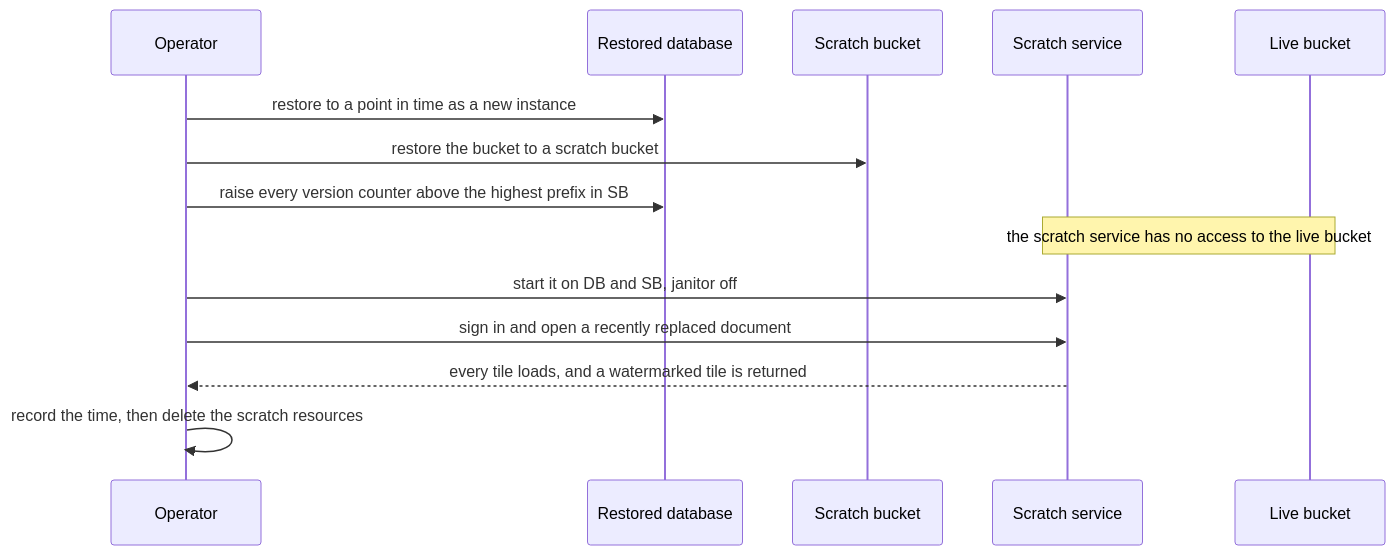
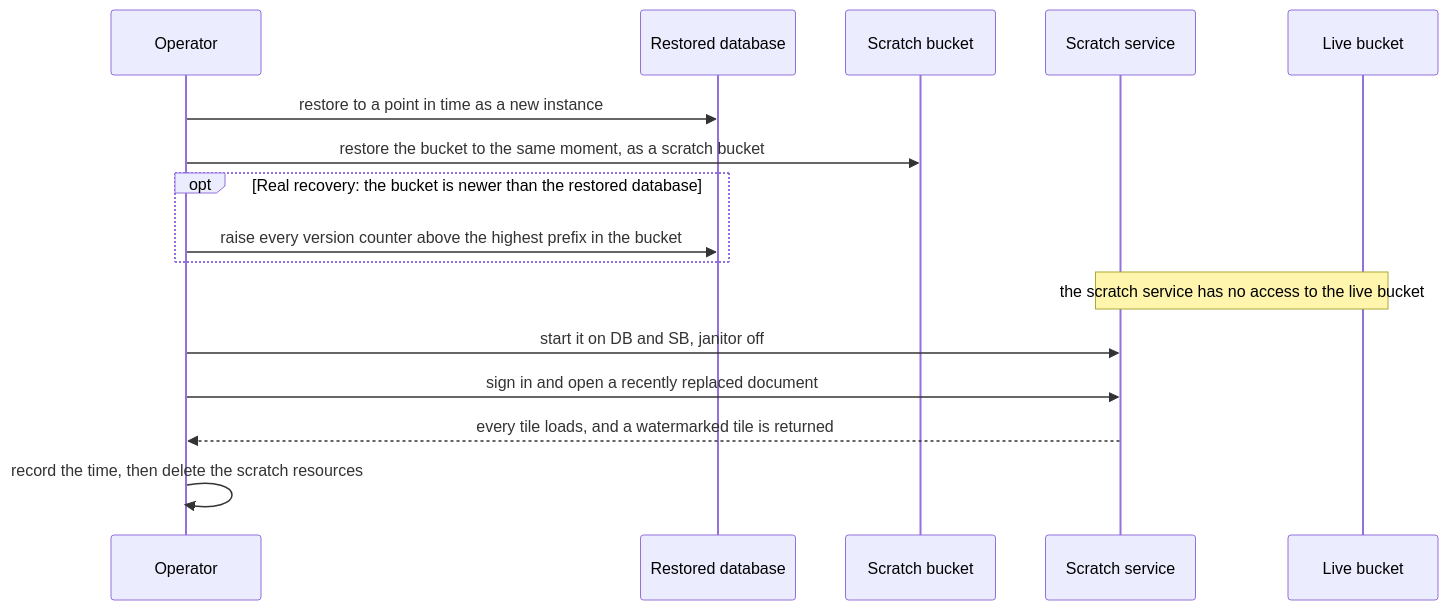
Before and after one commit to Sriram-Codes-SW/secure-doc-viewer: the third of 5 diagrams in book/part-7-cloud/41-aws-operations.md, drawn with Mermaid. The commit also changed other lines of this file and 59 other files, not shown here.

Commit message:
Book: round 2 fixes (Ch 40/41 trim and Figure 41.5, wide diagrams, glossary bolding, star labels, EPUB metadata, contrast theme)

````diff
--- a/book/part-7-cloud/41-aws-operations.md
+++ b/book/part-7-cloud/41-aws-operations.md
@@ -148,16 +148,18 @@
 ```mermaid
 sequenceDiagram
     participant OP as Operator
     participant DB as Restored database
     participant SB as Scratch bucket
     participant SS as Scratch service
     participant LB as Live bucket
     OP->>DB: restore to a point in time as a new instance
-    OP->>SB: restore the bucket to a scratch bucket
-    OP->>DB: raise every version counter above the highest prefix in SB
+    OP->>SB: restore the bucket to the same moment, as a scratch bucket
+    opt Real recovery: the bucket is newer than the restored database
+        OP->>DB: raise every version counter above the highest prefix in the bucket
+    end
     Note over SS,LB: the scratch service has no access to the live bucket
     OP->>SS: start it on DB and SB, janitor off
     OP->>SS: sign in and open a recently replaced document
     SS-->>OP: every tile loads, and a watermarked tile is returned
     OP->>OP: record the time, then delete the scratch resources
 ```
````
